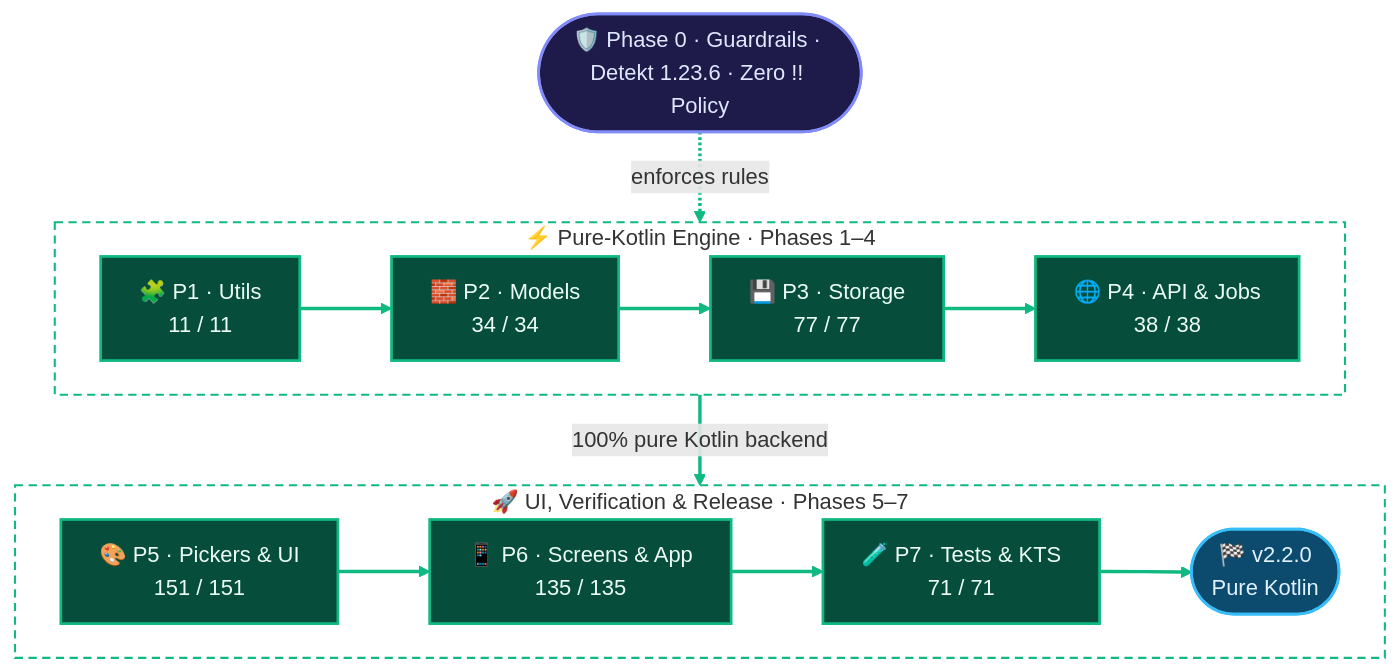
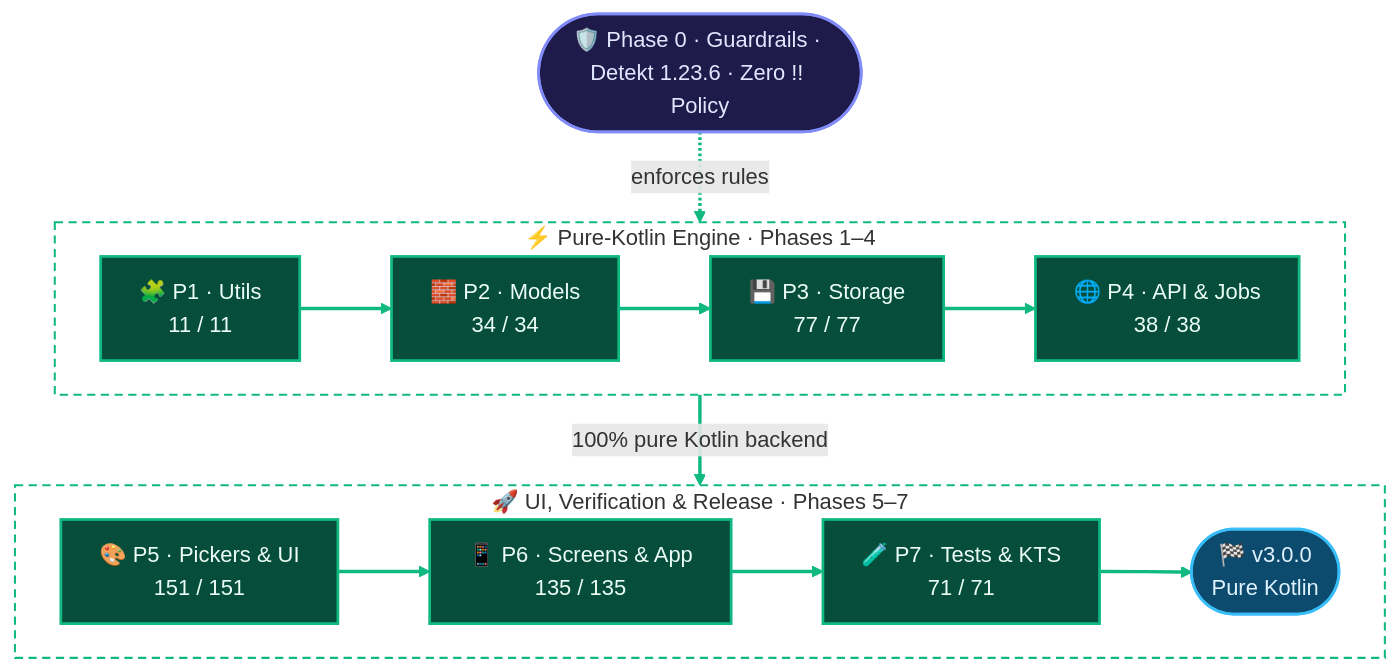
One commit to solomonrajan/cashledger changed the first of 2 diagrams in KOTLIN_MIGRATION.mdx. Above: the diagram before and after it, drawn with Mermaid. The commit also changed other lines of this file and 10 other files, not shown here.

First line of the commit message:
Release v3.0.0: The Pure Kotlin Era of Cash Ledger (#16)

````diff
--- a/KOTLIN_MIGRATION.mdx
+++ b/KOTLIN_MIGRATION.mdx
@@ -62,29 +62,29 @@
 ```mermaid
 %%{init: {"flowchart": {"curve": "basis", "nodeSpacing": 30, "rankSpacing": 42, "padding": 14}}}%%
 flowchart TB
     classDef gate fill:#1E1B4B,stroke:#818CF8,stroke-width:2px,color:#E0E7FF
     classDef complete fill:#064E3B,stroke:#10B981,stroke-width:2px,color:#ECFDF5
     classDef inprog fill:#78350F,stroke:#F59E0B,stroke-width:2.5px,color:#FFFBEB
     classDef pending fill:#0F172A,stroke:#64748B,stroke-width:1.5px,color:#CBD5E1
     classDef release fill:#0C4A6E,stroke:#38BDF8,stroke-width:2px,color:#E0F2FE
 
     P0(["🛡️ Phase 0 · Guardrails · Detekt 1.23.6 · Zero !! Policy"]):::gate
 
     subgraph CORE["⚡ Pure-Kotlin Engine · Phases 1–4"]
         direction LR
         P1["🧩 P1 · Utils<br/>11 / 11"]:::complete ==> P2["🧱 P2 · Models<br/>34 / 34"]:::complete ==> P3["💾 P3 · Storage<br/>77 / 77"]:::complete ==> P4["🌐 P4 · API & Jobs<br/>38 / 38"]:::complete
     end
 
     subgraph APP["🚀 UI, Verification & Release · Phases 5–7"]
         direction LR
-        P5["🎨 P5 · Pickers & UI<br/>151 / 151"]:::complete ==> P6["📱 P6 · Screens & App<br/>135 / 135"]:::complete ==> P7["🧪 P7 · Tests & KTS<br/>71 / 71"]:::complete ==> TARGET(["🏁 v2.2.0<br/>Pure Kotlin"]):::release
+        P5["🎨 P5 · Pickers & UI<br/>151 / 151"]:::complete ==> P6["📱 P6 · Screens & App<br/>135 / 135"]:::complete ==> P7["🧪 P7 · Tests & KTS<br/>71 / 71"]:::complete ==> TARGET(["🏁 v3.0.0<br/>Pure Kotlin"]):::release
     end
 
     P0 -. enforces rules .-> CORE
     CORE ==>|100% pure Kotlin backend| APP
 
     style CORE fill:none,stroke:#10B981,stroke-width:1.5px,stroke-dasharray:6 4
     style APP fill:none,stroke:#10B981,stroke-width:1.5px,stroke-dasharray:6 4
 
     linkStyle 0,1,2,3,4,5,6,7 stroke:#10B981,stroke-width:2.5px
 ```
````
